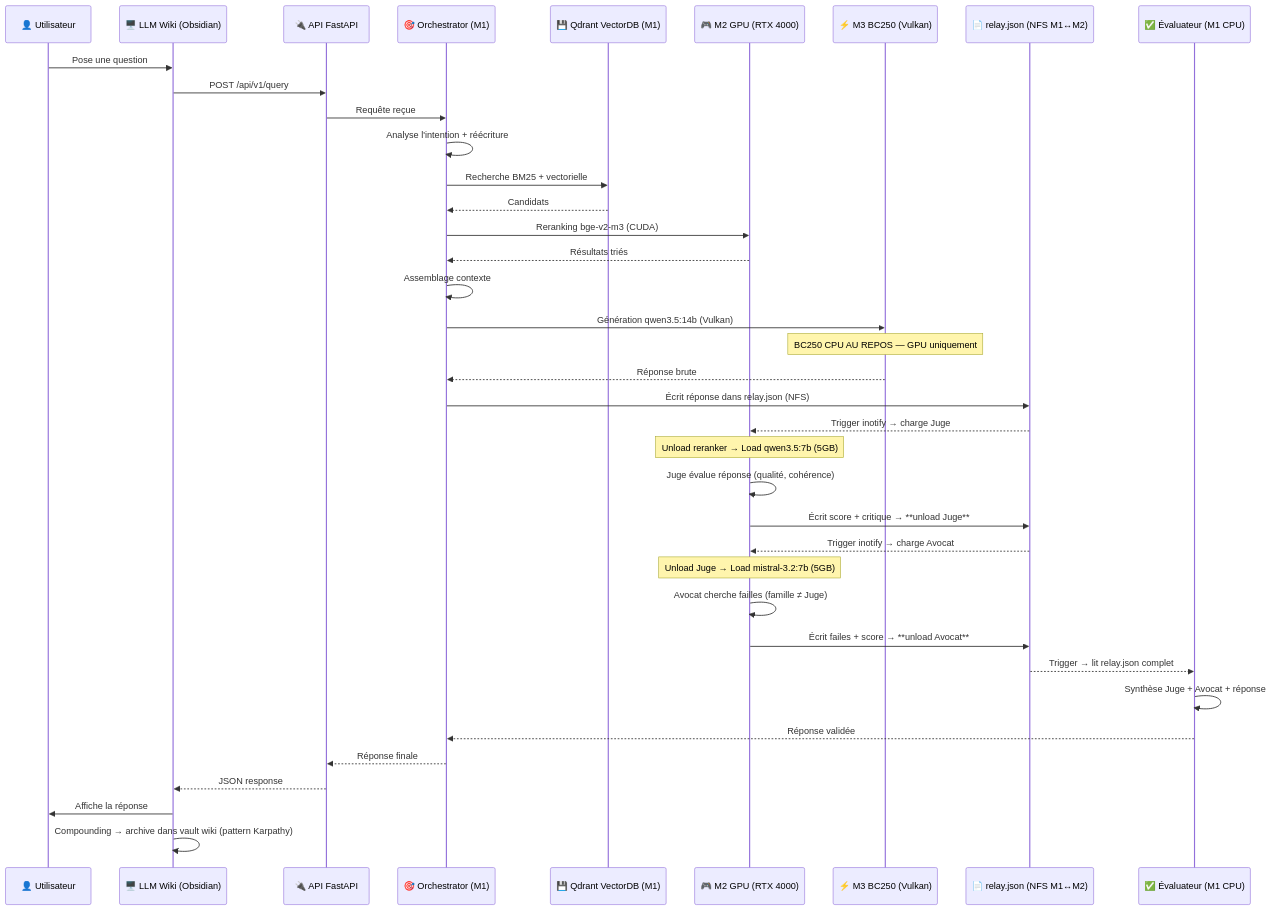
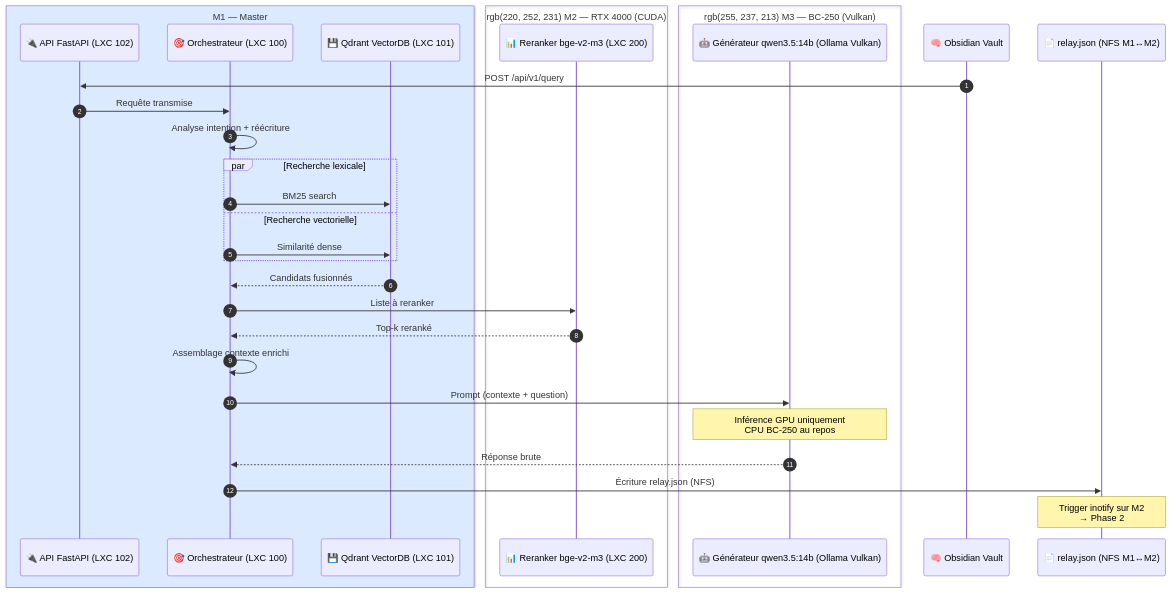
One commit to chelmooz/rag-multi-agent-cluster changed the fourth of 10 diagrams in README.md. Above: the diagram before and after it, drawn with Mermaid. The commit also changed other lines of this file and 1 other file, not shown here.

Commit message:
feat: enrich README + backlog with LXC 100 architecture & CLAUDE.md schema

````diff
--- a/README.md
+++ b/README.md
@@ -146,54 +221,35 @@
 ```mermaid
 sequenceDiagram
-    participant User as 👤 Utilisateur
-    participant LLMWiki as 🖥️ LLM Wiki (Obsidian)
-    participant API as 🔌 API FastAPI
-    participant Orchestrator as 🎯 Orchestrator (M1)
-    participant VectorDB as 💾 Qdrant VectorDB (M1)
-    participant M2 as 🎮 M2 GPU (RTX 4000)
-    participant M3 as ⚡ M3 BC250 (Vulkan)
-    participant Relay as 📄 relay.json (NFS M1↔M2)
-    participant Evaluateur as ✅ Évaluateur (M1 CPU)
+    autonumber
+    box rgb(219, 234, 254) M1 — Master
+        participant API as 🔌 API FastAPI (LXC 102)
+        participant ORCH as 🎯 Orchestrateur (LXC 100)
+        participant QDR as 💾 Qdrant VectorDB (LXC 101)
+    end
+    box rgb(220, 252, 231) M2 — RTX 4000 (CUDA)
+        participant RR as 📊 Reranker bge-v2-m3 (LXC 200)
+    end
+    box rgb(255, 237, 213) M3 — BC-250 (Vulkan)
+        participant GEN as 🤖 Générateur qwen3.5:14b (Ollama Vulkan)
+    end
+    participant OB as 🧠 Obsidian Vault
+    participant RELAY as 📄 relay.json (NFS M1↔M2)
 
-    User->>LLMWiki: Pose une question
-    LLMWiki->>API: POST /api/v1/query
-    API->>Orchestrator: Requête reçue
-    Orchestrator->>Orchestrator: Analyse l'intention + réécriture
-
-    %% Recherche + Reranking
-    Orchestrator->>VectorDB: Recherche BM25 + vectorielle
-    VectorDB-->>Orchestrator: Candidats
-    Orchestrator->>M2: Reranking bge-v2-m3 (CUDA)
-    M2-->>Orchestrator: Résultats triés
-    Orchestrator->>Orchestrator: Assemblage contexte
-
-    %% Génération sur BC250
-    Orchestrator->>M3: Génération qwen3.5:14b (Vulkan)
-    Note over M3: BC250 CPU AU REPOS — GPU uniquement
-    M3-->>Orchestrator: Réponse brute
-
-    %% Écriture relay (début évaluation)
-    Orchestrator->>Relay: Écrit réponse dans relay.json (NFS)
-
-    %% Phase 1: Juge (séquentiel, pas parallèle)
-    Relay-->>M2: Trigger inotify → charge Juge
-    Note over M2: Unload reranker → Load qwen3.5:7b (5GB)
-    M2->>M2: Juge évalue réponse (qualité, cohérence)
-    M2->>Relay: Écrit score + critique → **unload Juge**
-
-    %% Phase 2: Avocat (après unload Juge)
-    Relay-->>M2: Trigger inotify → charge Avocat
-    Note over M2: Unload Juge → Load mistral-3.2:7b (5GB)
-    M2->>M2: Avocat cherche failles (famille ≠ Juge)
-    M2->>Relay: Écrit failes + score → **unload Avocat**
-
-    %% Phase 3: Évaluateur
-    Relay-->>Evaluateur: Trigger → lit relay.json complet
-    Evaluateur->>Evaluateur: Synthèse Juge + Avocat + réponse
-    Evaluateur-->>Orchestrator: Réponse validée
-
-    Orchestrator-->>API: Réponse finale
-    API-->>LLMWiki: JSON response
-    LLMWiki->>User: Affiche la réponse
-    LLMWiki->>LLMWiki: Compounding → archive dans vault wiki (pattern Karpathy)
+    OB->>API: POST /api/v1/query
+    API->>ORCH: Requête transmise
+    ORCH->>ORCH: Analyse intention + réécriture
+    par Recherche lexicale
+        ORCH->>QDR: BM25 search
+    and Recherche vectorielle
+        ORCH->>QDR: Similarité dense
+    end
+    QDR-->>ORCH: Candidats fusionnés
+    ORCH->>RR: Liste à reranker
+    RR-->>ORCH: Top-k reranké
+    ORCH->>ORCH: Assemblage contexte enrichi
+    ORCH->>GEN: Prompt (contexte + question)
+    Note over GEN: Inférence GPU uniquement<br/>CPU BC-250 au repos
+    GEN-->>ORCH: Réponse brute
+    ORCH->>RELAY: Écriture relay.json (NFS)
+    Note over RELAY: Trigger inotify sur M2<br/>→ Phase 2
 ```
````
